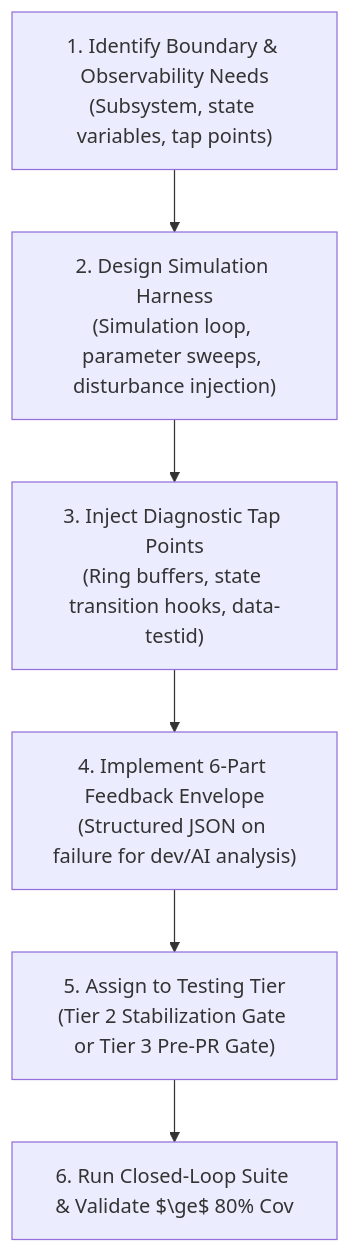
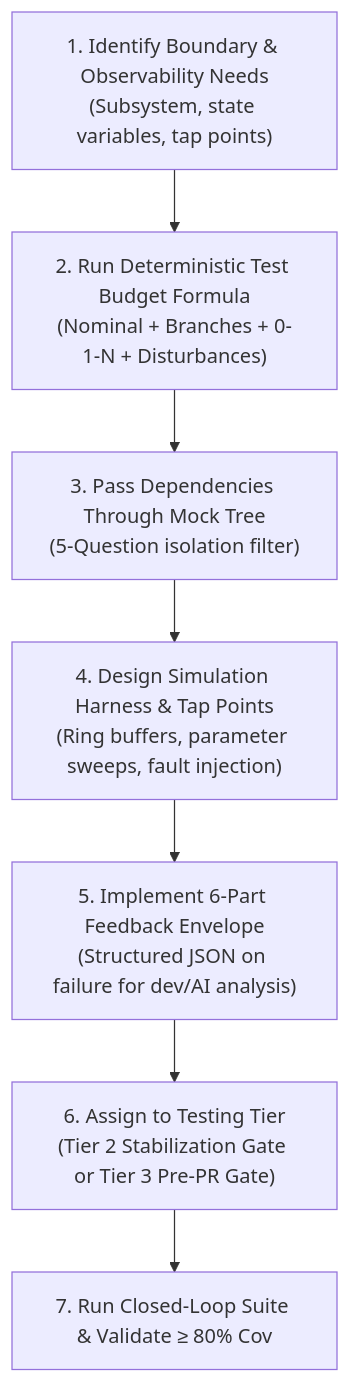
The first of 3 diagrams in .agents/skills/test-harness-builder/SKILL.md (spelech/AgenticEngineeringToolbelt), drawn with Mermaid before and after one commit. The commit also changed other lines of this file and 30 other files, not shown here.

First line of the commit message:
feat(testing): anti-test-theatre guardrails & representative verification (#3)

````diff
--- a/.agents/skills/test-harness-builder/SKILL.md
+++ b/.agents/skills/test-harness-builder/SKILL.md
@@ -16,8 +16,9 @@
 ```mermaid
 flowchart TD
-    Identify["1. Identify Boundary & Observability Needs<br>(Subsystem, state variables, tap points)"] --> Design["2. Design Simulation Harness<br>(Simulation loop, parameter sweeps, disturbance injection)"]
-    Design --> Tap["3. Inject Diagnostic Tap Points<br>(Ring buffers, state transition hooks, data-testid)"]
-    Tap --> Envelope["4. Implement 6-Part Feedback Envelope<br>(Structured JSON on failure for dev/AI analysis)"]
-    Envelope --> Cadence["5. Assign to Testing Tier<br>(Tier 2 Stabilization Gate or Tier 3 Pre-PR Gate)"]
-    Cadence --> Verify["6. Run Closed-Loop Suite & Validate $\ge$ 80% Cov"]
+    Identify["1. Identify Boundary & Observability Needs<br>(Subsystem, state variables, tap points)"] --> Budget["2. Run Deterministic Test Budget Formula<br>(Nominal + Branches + 0-1-N + Disturbances)"]
+    Budget --> MockTree["3. Pass Dependencies Through Mock Tree<br>(5-Question isolation filter)"]
+    MockTree --> Design["4. Design Simulation Harness & Tap Points<br>(Ring buffers, parameter sweeps, fault injection)"]
+    Design --> Envelope["5. Implement 6-Part Feedback Envelope<br>(Structured JSON on failure for dev/AI analysis)"]
+    Envelope --> Cadence["6. Assign to Testing Tier<br>(Tier 2 Stabilization Gate or Tier 3 Pre-PR Gate)"]
+    Cadence --> Verify["7. Run Closed-Loop Suite & Validate &ge; 80% Cov"]
 ```
````
